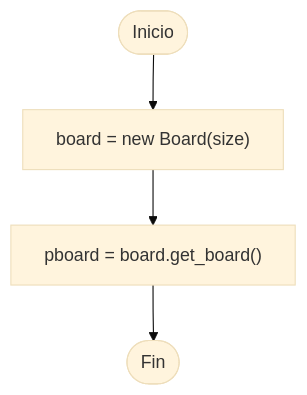
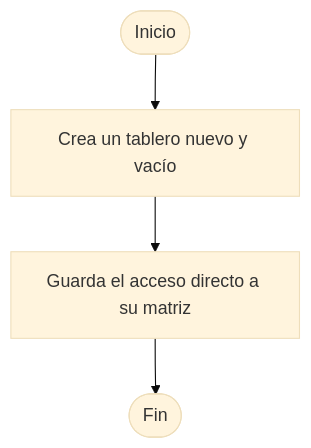
Before and after one commit to 8ismel6/1MD-ProyectoFinal: diagram 18 of 33 in README.md, drawn with Mermaid (base theme). The commit also changed other lines of this file and 1 other file, not shown here.

````diff
--- a/README.md
+++ b/README.md
@@ -606,6 +592,6 @@
 ```mermaid
 flowchart TD
-A(["Inicio"]) --> B["board = new Board(size)"]
-B --> C["pboard = board.get_board()"]
+A(["Inicio"]) --> B["Crea un tablero nuevo y vacío"]
+B --> C["Guarda el acceso directo a su matriz"]
 C --> D(["Fin"])
 ```
````
